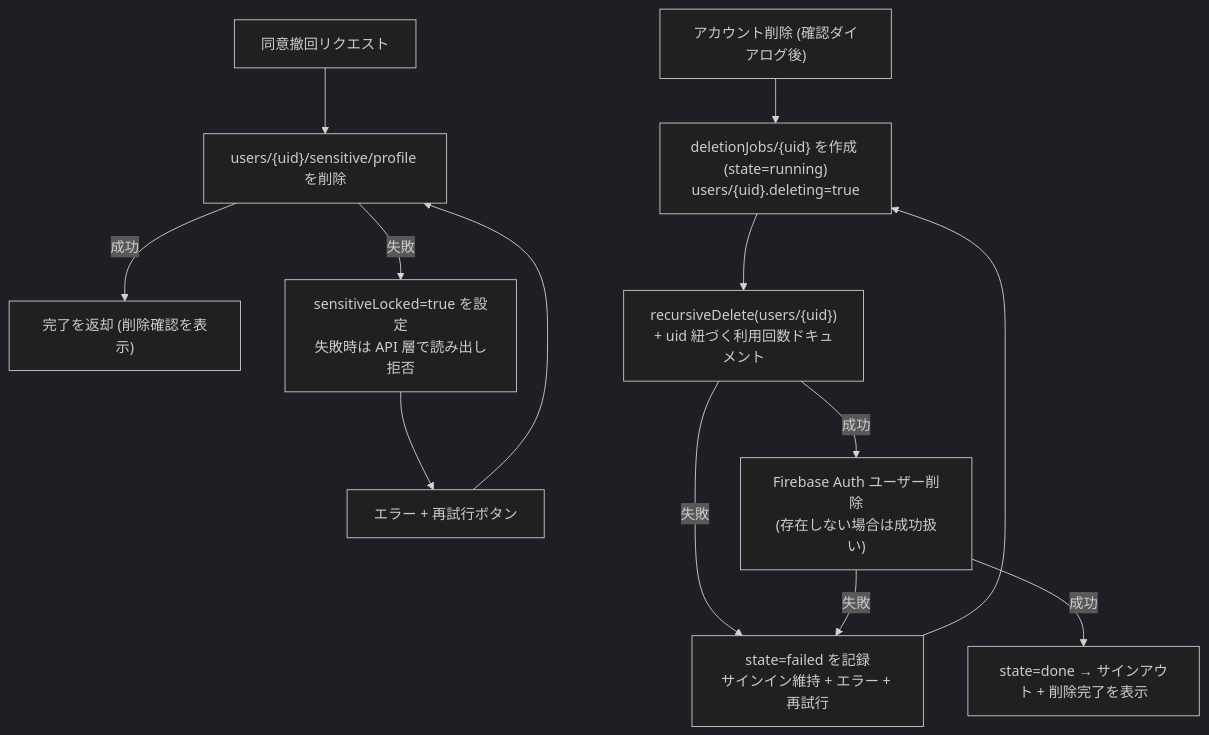
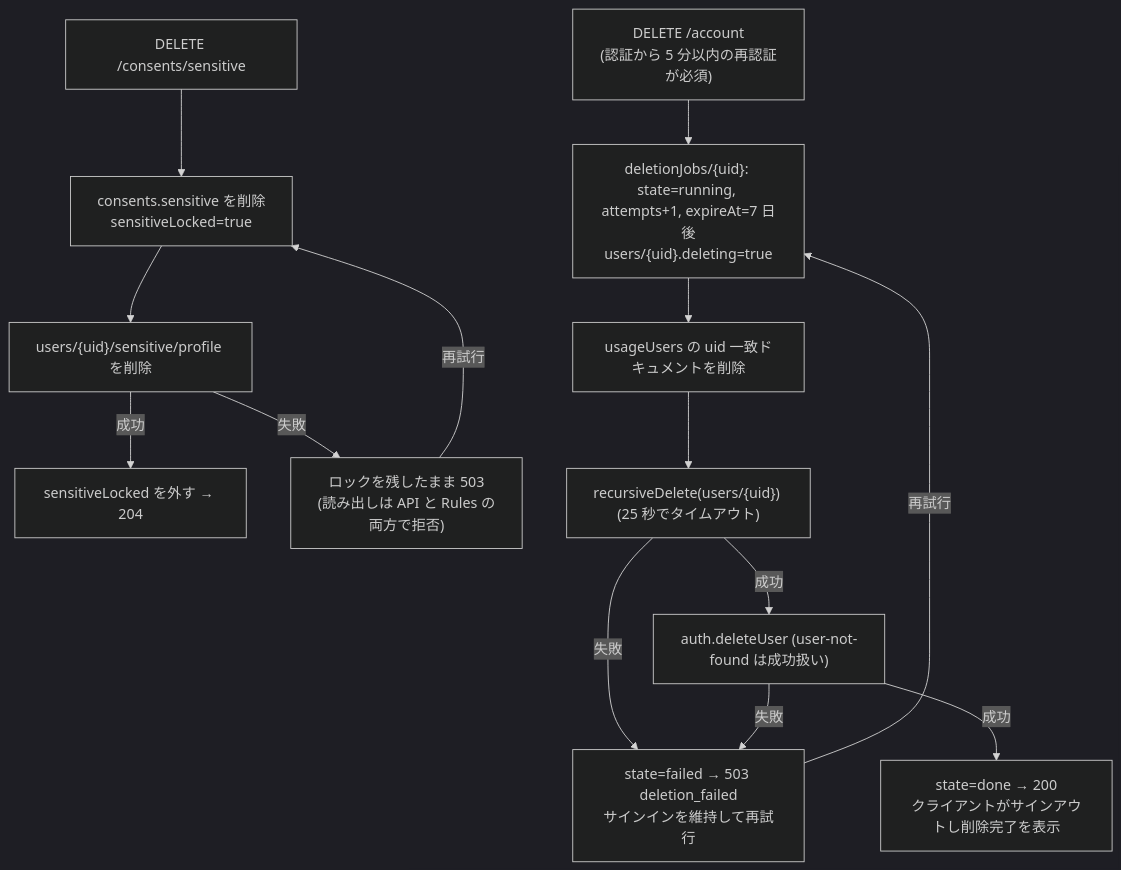
The fourth of 6 diagrams in .kiro/specs/childcare-medical-welfare-navi/design.md (Devfest-Hackathon-2026/df-2026-t004), drawn with Mermaid (dark theme) before and after one commit. The commit also changed other lines of this file, not shown here.

First line of the commit message:
spec: rewrite design to match the implemented architecture

````diff
--- a/.kiro/specs/childcare-medical-welfare-navi/design.md
+++ b/.kiro/specs/childcare-medical-welfare-navi/design.md
@@ -193,15 +249,16 @@
 ```mermaid
 flowchart TD
-  W["同意撤回リクエスト"] --> D1["users/{uid}/sensitive/profile を削除"]
-  D1 -->|成功| OK["完了を返却 (削除確認を表示)"]
-  D1 -->|失敗| LK["sensitiveLocked=true を設定\n失敗時は API 層で読み出し拒否"]
-  LK --> ER["エラー + 再試行ボタン"]
-  ER --> D1
-  X["アカウント削除 (確認ダイアログ後)"] --> M["deletionJobs/{uid} を作成 (state=running)\nusers/{uid}.deleting=true"]
-  M --> R["recursiveDelete(users/{uid})\n+ uid 紐づく利用回数ドキュメント"]
-  R -->|失敗| F["state=failed を記録\nサインイン維持 + エラー + 再試行"]
-  F --> M
-  R -->|成功| AU["Firebase Auth ユーザー削除\n(存在しない場合は成功扱い)"]
+  W["DELETE /consents/sensitive"] --> W1["consents.sensitive を削除\nsensitiveLocked=true"]
+  W1 --> W2["users/{uid}/sensitive/profile を削除"]
+  W2 -->|成功| W3["sensitiveLocked を外す → 204"]
+  W2 -->|失敗| W4["ロックを残したまま 503\n(読み出しは API と Rules の両方で拒否)"]
+  W4 -->|再試行| W1
+  X["DELETE /account\n(認証から 5 分以内の再認証が必須)"] --> M["deletionJobs/{uid}: state=running, attempts+1, expireAt=7 日後\nusers/{uid}.deleting=true"]
+  M --> U1["usageUsers の uid 一致ドキュメントを削除"]
+  U1 --> R["recursiveDelete(users/{uid}) (25 秒でタイムアウト)"]
+  R -->|失敗| F["state=failed → 503 deletion_failed\nサインインを維持して再試行"]
+  R -->|成功| AU["auth.deleteUser (user-not-found は成功扱い)"]
   AU -->|失敗| F
-  AU -->|成功| DONE["state=done → サインアウト + 削除完了を表示"]
+  AU -->|成功| DONE["state=done → 200\nクライアントがサインアウトし削除完了を表示"]
+  F -->|再試行| M
 ```
````
